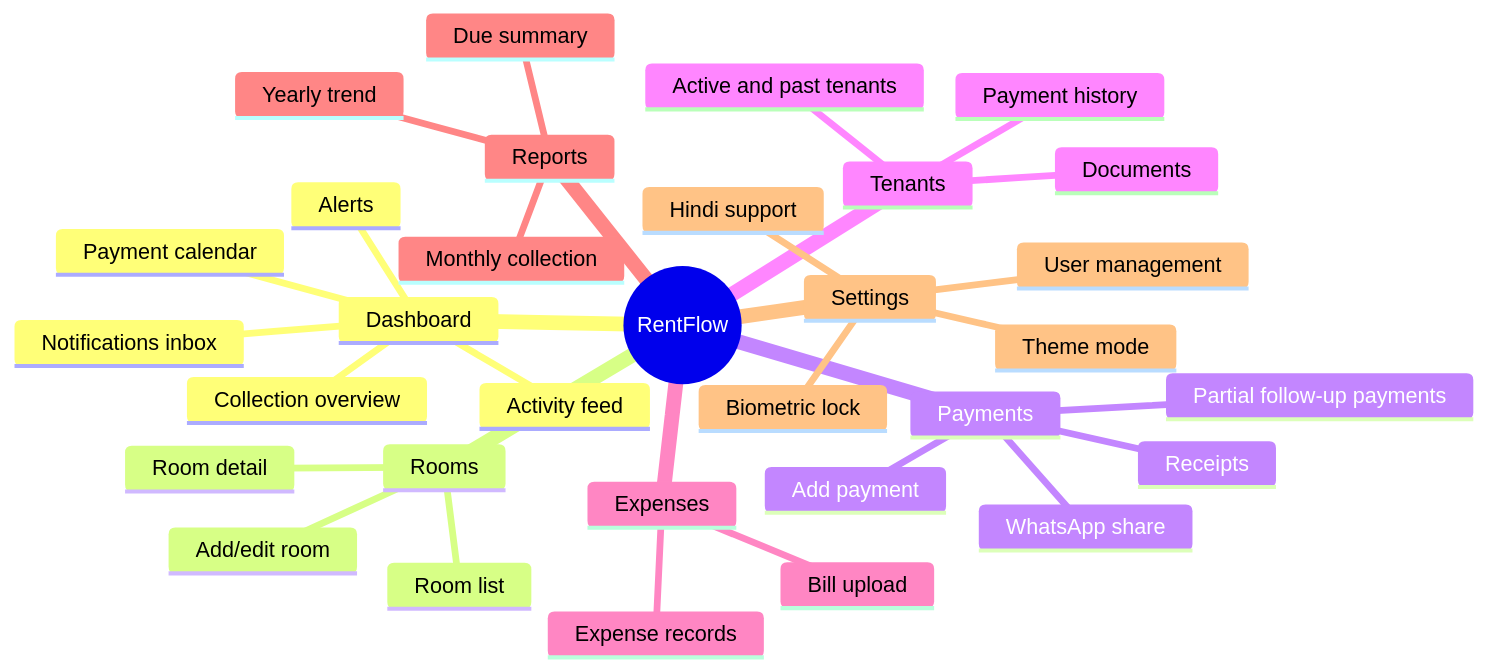
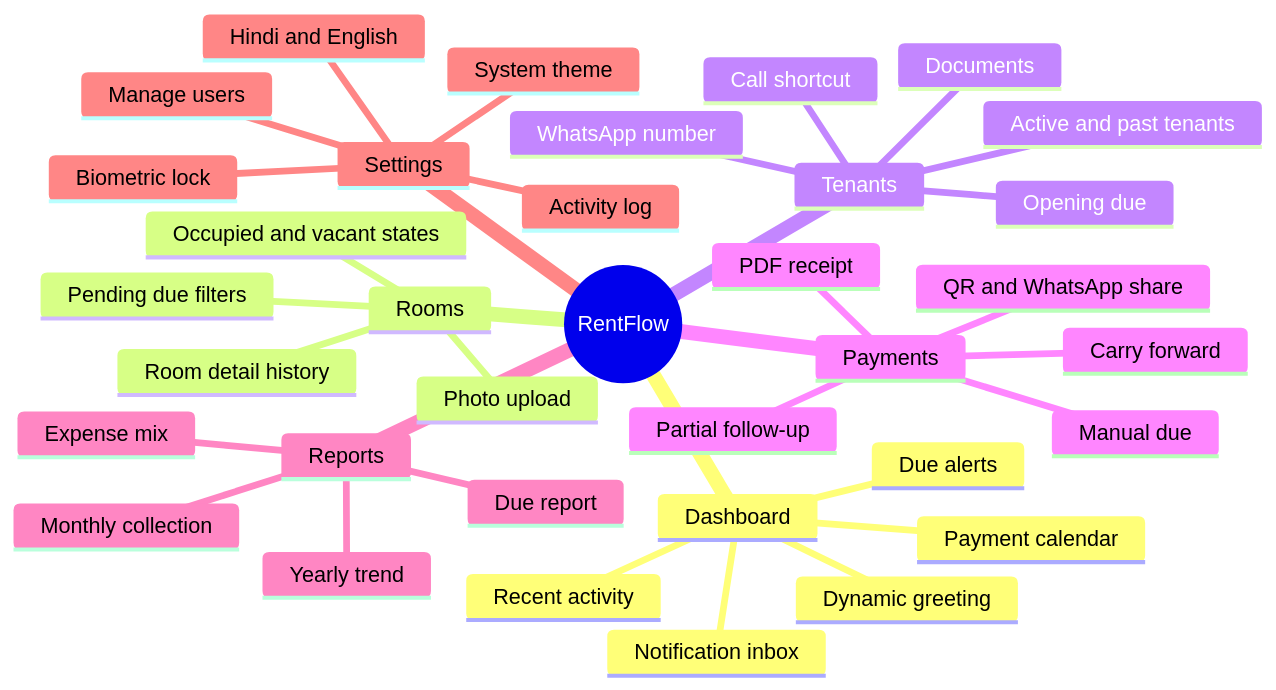
The third of 3 diagrams in README.md (yasuo72/RentFlow), drawn with Mermaid before and after one commit. The commit also changed other lines of this file and 12 other files, not shown here.

````diff
--- a/README.md
+++ b/README.md
@@ -95,35 +143,38 @@
 ```mermaid
 mindmap
   root((RentFlow))
     Dashboard
-      Collection overview
+      Dynamic greeting
       Payment calendar
-      Activity feed
-      Alerts
-      Notifications inbox
+      Notification inbox
+      Recent activity
+      Due alerts
     Rooms
-      Room list
-      Room detail
-      Add/edit room
-    Payments
-      Add payment
-      Partial follow-up payments
-      Receipts
-      WhatsApp share
+      Occupied and vacant states
+      Pending due filters
+      Room detail history
+      Photo upload
     Tenants
       Active and past tenants
+      Opening due
       Documents
-      Payment history
-    Expenses
-      Expense records
-      Bill upload
+      WhatsApp number
+      Call shortcut
+    Payments
+      Partial follow-up
+      Manual due
+      Carry forward
+      PDF receipt
+      QR and WhatsApp share
     Reports
       Monthly collection
-      Due summary
       Yearly trend
+      Due report
+      Expense mix
     Settings
-      Theme mode
-      Hindi support
+      System theme
+      Hindi and English
       Biometric lock
-      User management
+      Manage users
+      Activity log
 ```
````
